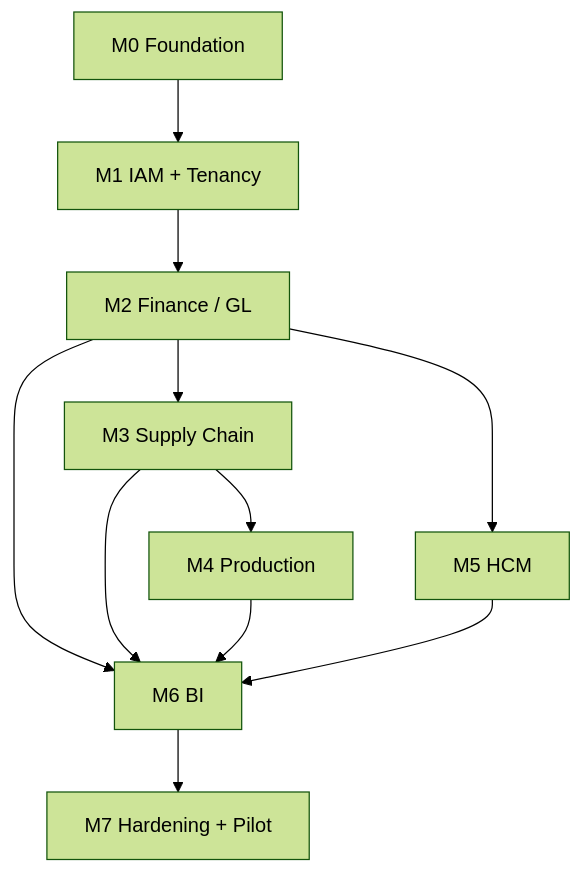
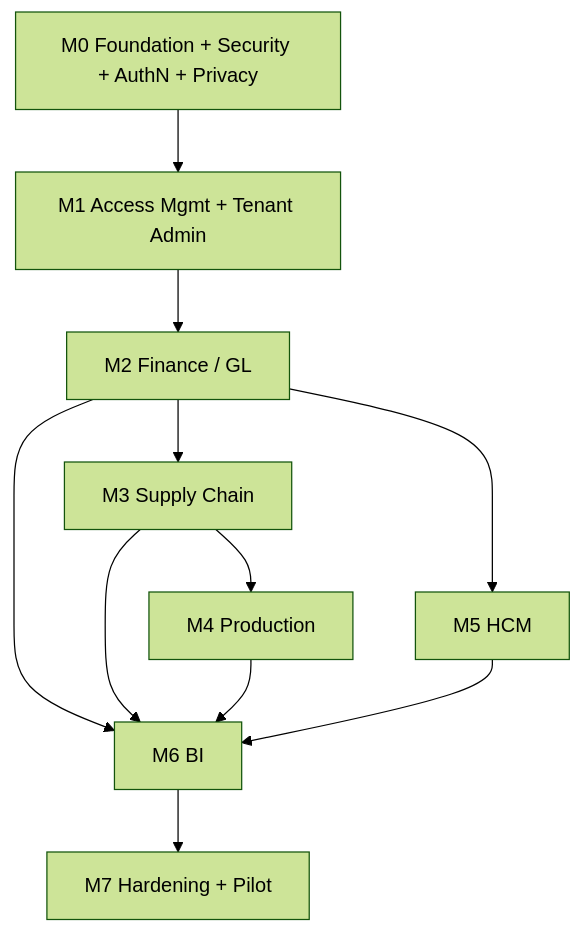
Before and after one commit to futuresfsake/ERPatio: the diagram in docs/16-dependency-map.md, drawn with Mermaid (forest theme). The commit also changed other lines of this file, not shown here.

Commit message:
docs(ba): add security and privacy dependencies; payroll depends on M0 encryption

````diff
--- a/docs/16-dependency-map.md
+++ b/docs/16-dependency-map.md
@@ -4,13 +4,13 @@
 ```mermaid
 graph TD
-  M0[M0 Foundation] --> M1[M1 IAM + Tenancy]
+  M0[M0 Foundation + Security + AuthN + Privacy] --> M1[M1 Access Mgmt + Tenant Admin]
   M1 --> M2[M2 Finance / GL]
   M2 --> M3[M3 Supply Chain]
   M3 --> M4[M4 Production]
   M2 --> M5[M5 HCM]
   M2 --> M6[M6 BI]
   M3 --> M6
   M4 --> M6
   M5 --> M6
   M6 --> M7[M7 Hardening + Pilot]
 ```
````
